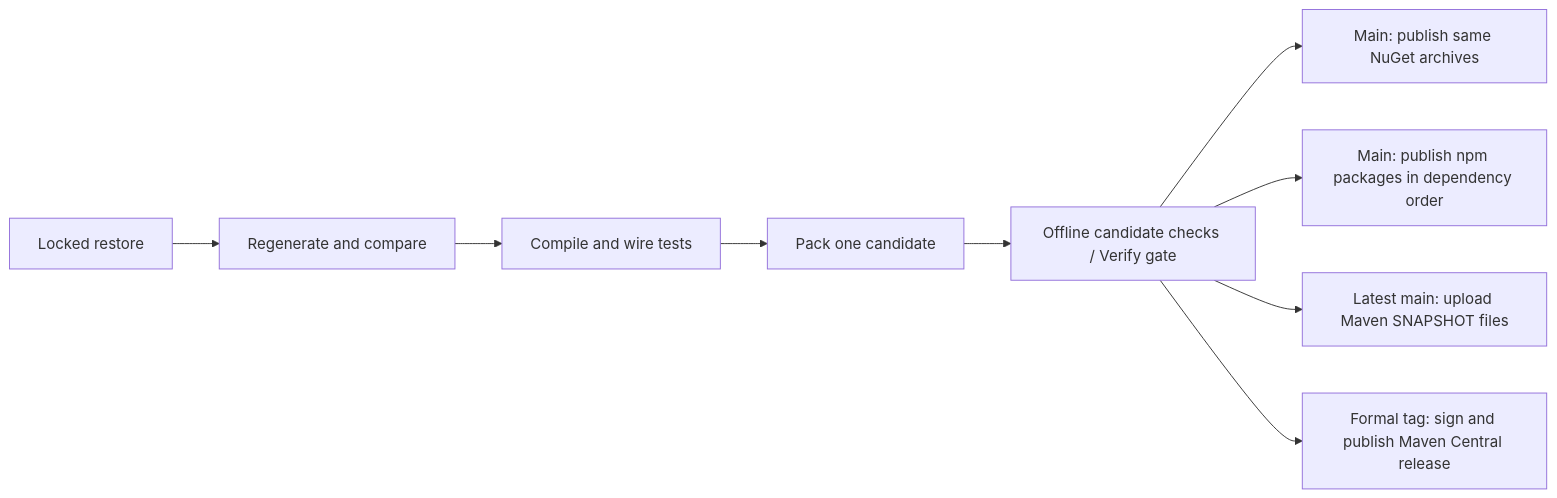
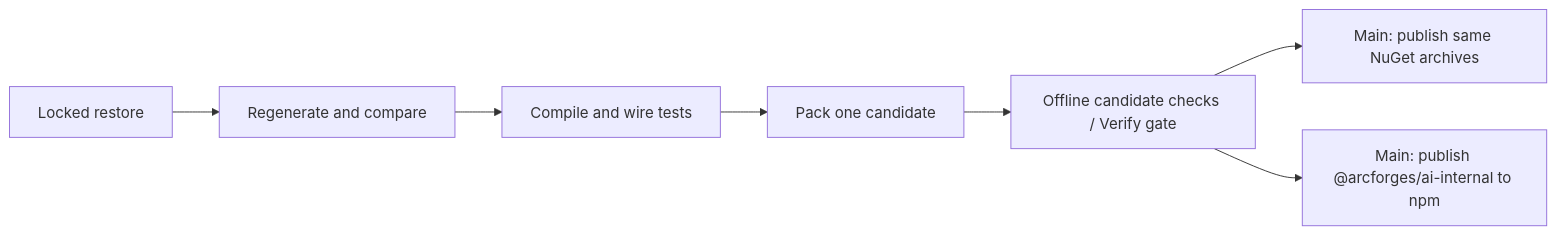
The diagram in README.md (ArcForges/Contracts), drawn with Mermaid before and after one commit. The commit also changed other lines of this file and 12 other files, not shown here.

````diff
--- a/README.md
+++ b/README.md
@@ -82,11 +93,9 @@
 ```mermaid
 flowchart LR
   A[Locked restore] --> B[Regenerate and compare]
   B --> C[Compile and wire tests]
   C --> D[Pack one candidate]
   D --> G[Offline candidate checks / Verify gate]
   G --> H[Main: publish same NuGet archives]
-  G --> I[Main: publish npm packages in dependency order]
-  G --> J[Latest main: upload Maven SNAPSHOT files]
-  G --> K[Formal tag: sign and publish Maven Central release]
+  G --> I[Main: publish @arcforges/ai-internal to npm]
 ```
````
